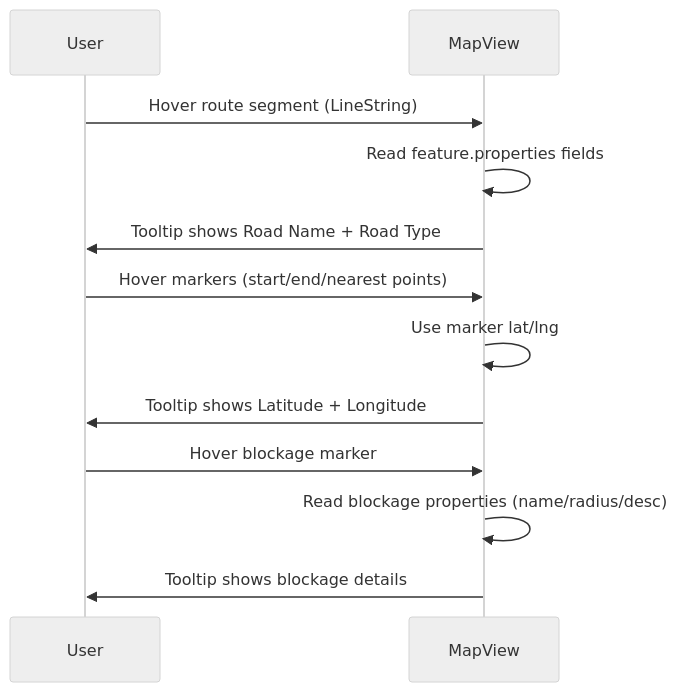
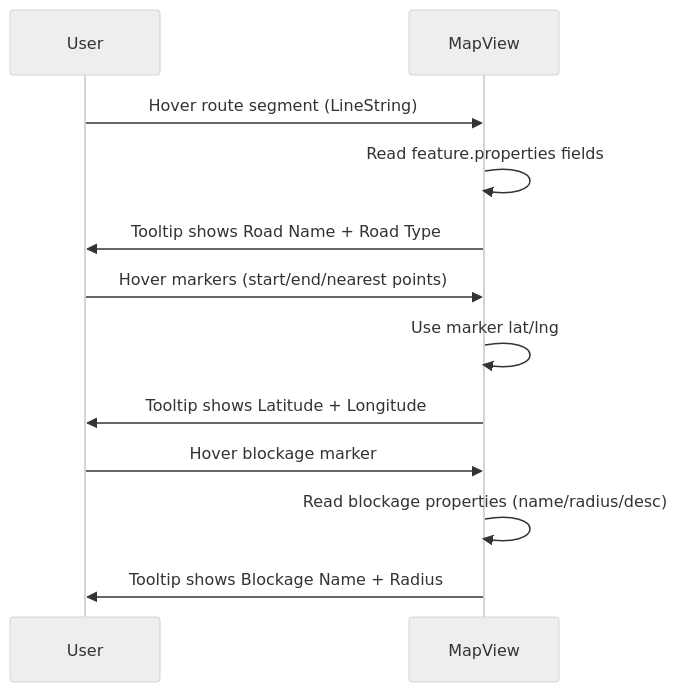
Before and after one commit to shannenlolol/SG_Routing_UI_SL: the fifth of 13 diagrams in docs/Software Design Description.md, drawn with Mermaid (neutral theme). The commit also changed 4 other files, not shown here.

````diff
--- a/docs/Software Design Description.md
+++ b/docs/Software Design Description.md
@@ -143,17 +143,17 @@
 ```mermaid
 sequenceDiagram
     participant User
     participant MapView
 
     User->>MapView: Hover route segment (LineString)
     MapView->>MapView: Read feature.properties fields
     MapView->>User: Tooltip shows Road Name + Road Type
 
     User->>MapView: Hover markers (start/end/nearest points)
     MapView->>MapView: Use marker lat/lng
     MapView->>User: Tooltip shows Latitude + Longitude
 
     User->>MapView: Hover blockage marker
     MapView->>MapView: Read blockage properties (name/radius/desc)
-    MapView->>User: Tooltip shows blockage details
+    MapView->>User: Tooltip shows Blockage Name + Radius
 ```
````
